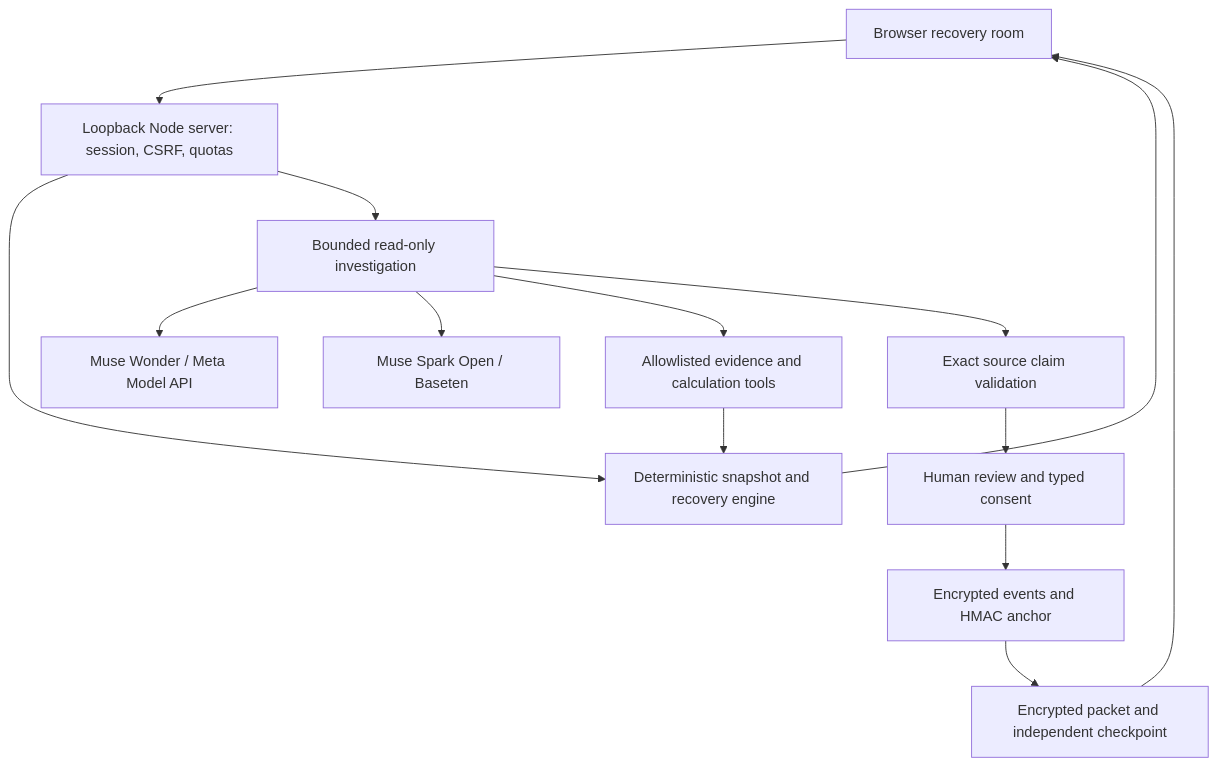
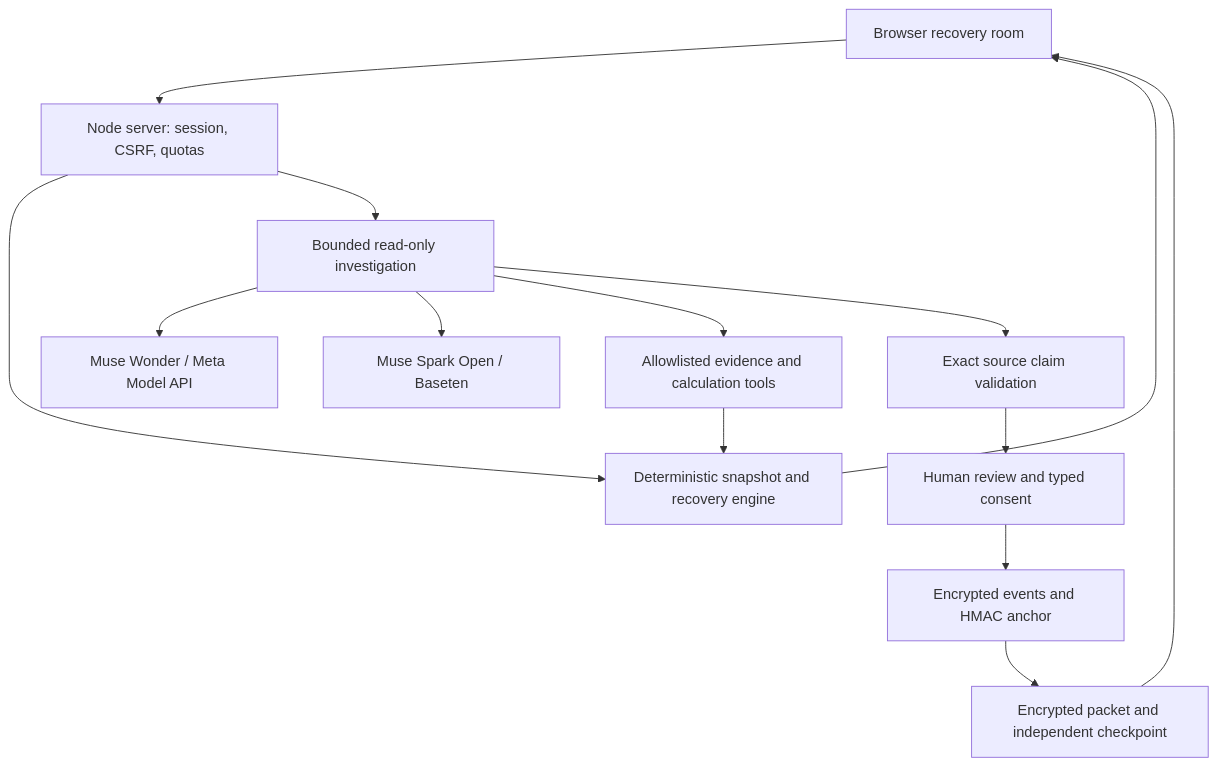
One commit to justinevans4040-cloud/forgefront-factory-resilience changed the diagram in README.md. Above: the diagram before and after it, drawn with Mermaid. The commit also changed other lines of this file and 498 other files, not shown here.

````diff
--- a/README.md
+++ b/README.md
@@ -85,16 +97,16 @@
 ```mermaid
 flowchart TD
-  UI[Browser recovery room] --> API[Loopback Node server: session, CSRF, quotas]
+  UI[Browser recovery room] --> API[Node server: session, CSRF, quotas]
   API --> Engine[Deterministic snapshot and recovery engine]
   API --> Agent[Bounded read-only investigation]
   Agent --> Wonder[Muse Wonder / Meta Model API]
   Agent --> Spark[Muse Spark Open / Baseten]
   Agent --> Tools[Allowlisted evidence and calculation tools]
   Tools --> Engine
   Agent --> Claims[Exact source claim validation]
   Claims --> Human[Human review and typed consent]
   Human --> Ledger[Encrypted events and HMAC anchor]
   Ledger --> Export[Encrypted packet and independent checkpoint]
   Engine --> UI
   Export --> UI
 ```
````
